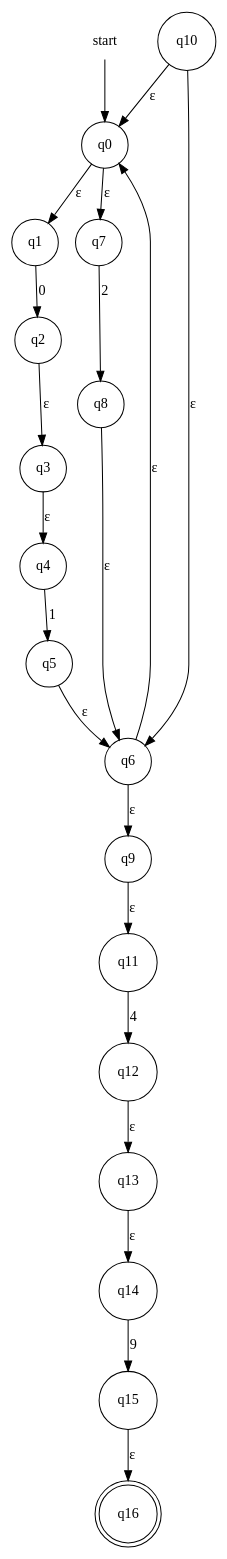
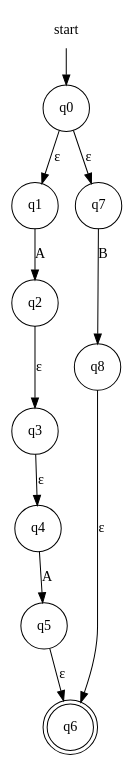
One commit to evertheylen/TA_TO changed the diagram in fase1/RE-eNFA/regex_4.dot. Above: the diagram before and after it, drawn with Graphviz. The commit also changed 19 other files, not shown here.

```diff
--- a/fase1/RE-eNFA/regex_4.dot
+++ b/fase1/RE-eNFA/regex_4.dot
@@ -1,25 +1,15 @@
 digraph automaton {
     node [shape=none]; start;
-    node [shape=doublecircle]; "q16";
+    node [shape=doublecircle]; "q6";
     node [shape=circle];
     start -> "q0";
     "q0" -> "q1" [label="&epsilon;"];
     "q0" -> "q7" [label="&epsilon;"];
-    "q1" -> "q2" [label="0"];
+    "q1" -> "q2" [label="A"];
     "q2" -> "q3" [label="&epsilon;"];
     "q3" -> "q4" [label="&epsilon;"];
-    "q4" -> "q5" [label="1"];
+    "q4" -> "q5" [label="A"];
     "q5" -> "q6" [label="&epsilon;"];
-    "q6" -> "q0" [label="&epsilon;"];
-    "q6" -> "q9" [label="&epsilon;"];
-    "q7" -> "q8" [label="2"];
+    "q7" -> "q8" [label="B"];
     "q8" -> "q6" [label="&epsilon;"];
-    "q9" -> "q11" [label="&epsilon;"];
-    "q10" -> "q0" [label="&epsilon;"];
-    "q10" -> "q6" [label="&epsilon;"];
-    "q11" -> "q12" [label="4"];
-    "q12" -> "q13" [label="&epsilon;"];
-    "q13" -> "q14" [label="&epsilon;"];
-    "q14" -> "q15" [label="9"];
-    "q15" -> "q16" [label="&epsilon;"];
 }
```
